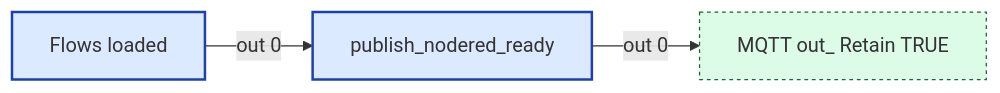
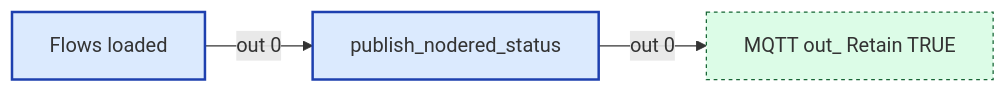
One commit to Backroads4Me/librecoach-node-red changed diagram 18 of 28 in src/wiring/config.md. Above: the diagram before and after it, drawn with Mermaid. The commit also changed other lines of this file and 3 other files, not shown here.

````diff
--- a/src/wiring/config.md
+++ b/src/wiring/config.md
@@ -611,14 +643,14 @@
 ```mermaid
 flowchart LR
   classDef fn fill:#dbeafe,stroke:#1e40af,stroke-width:2px
   classDef ui fill:#ede9fe,stroke:#5b21b6,stroke-width:2px
   classDef sub fill:#fef3c7,stroke:#92400e,stroke-width:2px
   classDef link fill:#dcfce7,stroke:#166534,stroke-width:1px,stroke-dasharray:3 3
   classDef config fill:#f3f4f6,stroke:#6b7280,stroke-width:1px,stroke-dasharray:2 2
   classDef disabled opacity:0.5,stroke-dasharray:4 4
   n_0a63b31d6180["MQTT out_ Retain TRUE"]:::link
   n_3e9c6f1a2b4d["Flows loaded"]:::fn
-  n_9d8e7f6a5b4c["publish_nodered_ready"]:::fn
+  n_9d8e7f6a5b4c["publish_nodered_status"]:::fn
   n_3e9c6f1a2b4d -->|out 0| n_9d8e7f6a5b4c
   n_9d8e7f6a5b4c -->|out 0| n_0a63b31d6180
 ```
````
